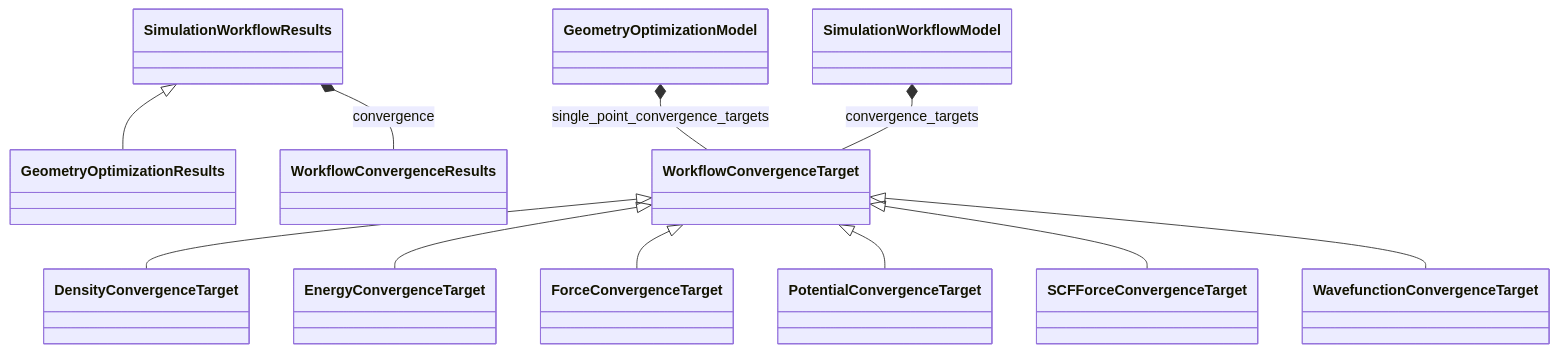
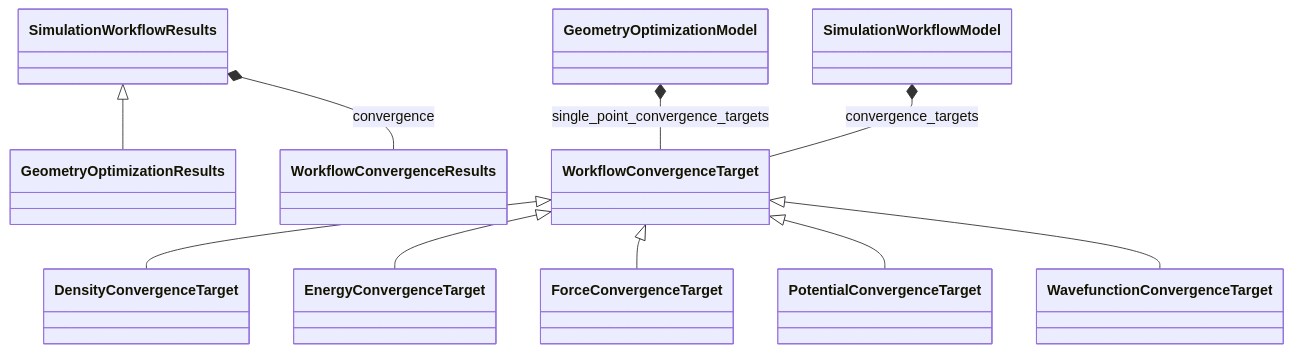
Before and after one commit to FAIRmat-NFDI/nomad-simulations: the diagram in docs/schema/workflow_convergence.md, drawn with Mermaid. The commit also changed other lines of this file and 8 other files, not shown here.

First line of the commit message:
Drop `SCFForceConvergenceTarget`; defer SCF force semantics

````diff
--- a/docs/schema/workflow_convergence.md
+++ b/docs/schema/workflow_convergence.md
@@ -11,25 +11,23 @@
 ```mermaid
 classDiagram
     class DensityConvergenceTarget
     class EnergyConvergenceTarget
     class ForceConvergenceTarget
     class GeometryOptimizationModel
     class GeometryOptimizationResults
     class PotentialConvergenceTarget
-    class SCFForceConvergenceTarget
     class SimulationWorkflowModel
     class SimulationWorkflowResults
     class WavefunctionConvergenceTarget
     class WorkflowConvergenceResults
     class WorkflowConvergenceTarget
     WorkflowConvergenceTarget <|-- DensityConvergenceTarget
     WorkflowConvergenceTarget <|-- EnergyConvergenceTarget
     WorkflowConvergenceTarget <|-- ForceConvergenceTarget
     SimulationWorkflowResults <|-- GeometryOptimizationResults
     WorkflowConvergenceTarget <|-- PotentialConvergenceTarget
-    WorkflowConvergenceTarget <|-- SCFForceConvergenceTarget
     WorkflowConvergenceTarget <|-- WavefunctionConvergenceTarget
     GeometryOptimizationModel *-- WorkflowConvergenceTarget : single_point_convergence_targets
     SimulationWorkflowModel *-- WorkflowConvergenceTarget : convergence_targets
     SimulationWorkflowResults *-- WorkflowConvergenceResults : convergence
 ```
````
